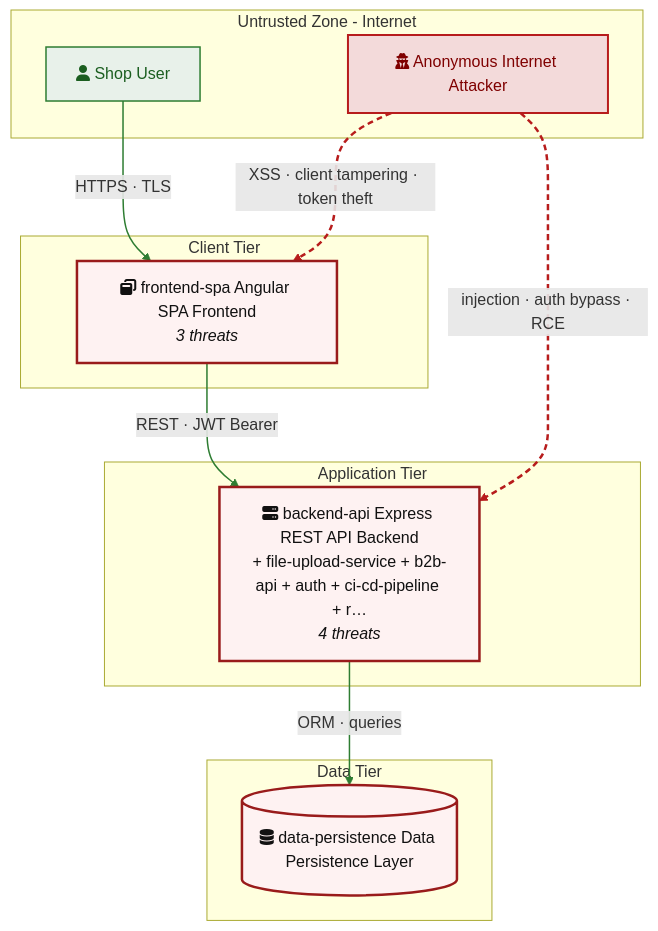
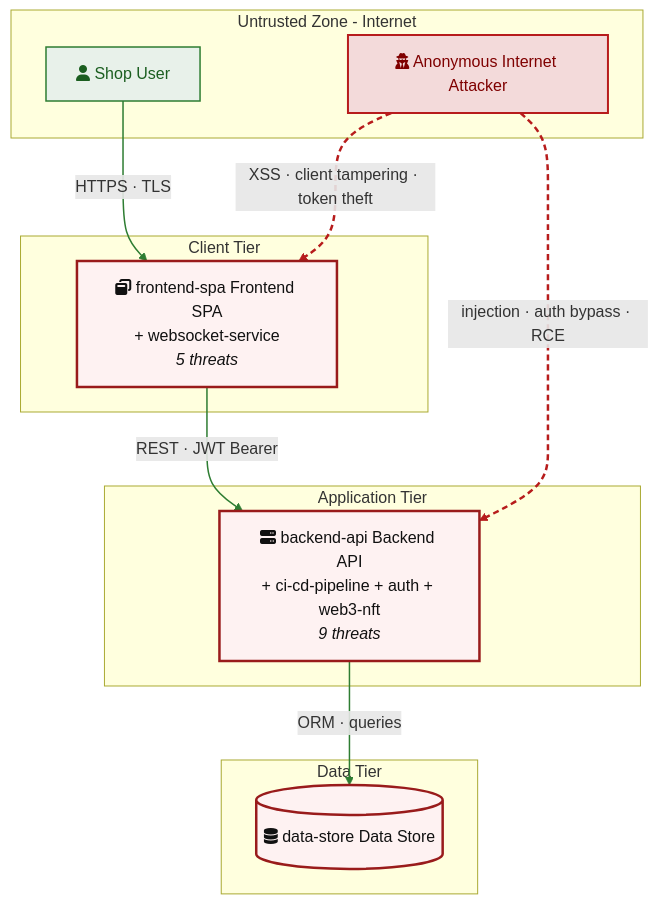
Before and after one commit to appsec-foundry/appsec-advisor: the fifth of 6 diagrams in examples/threat-modeler/threat-model-juice-shop-quick.md, drawn with Mermaid. The commit also changed other lines of this file and 7 other files, not shown here.

````diff
--- a/examples/threat-modeler/threat-model-juice-shop-quick.md
+++ b/examples/threat-modeler/threat-model-juice-shop-quick.md
@@ -365,28 +411,28 @@
 ```mermaid
 flowchart TD
     subgraph EXT["Untrusted Zone - Internet"]
         INTERNET_ANON["fa:fa-user-secret Anonymous Internet Attacker"]:::threat
         VICTIM_REQUIRED["fa:fa-user Shop User"]:::legit
     end
     subgraph CLIENT["Client Tier"]
-        frontend_spa["fa:fa-window-restore frontend-spa Angular SPA Frontend<br/><i>3 threats</i>"]:::risk
+        frontend_spa["fa:fa-window-restore frontend-spa Frontend SPA<br/>+ websocket-service<br/><i>5 threats</i>"]:::risk
     end
     subgraph APP["Application Tier"]
-        backend_api["fa:fa-server backend-api Express REST API Backend<br/>+ file-upload-service + b2b-api + auth + ci-cd-pipeline + r…<br/><i>4 threats</i>"]:::risk
+        backend_api["fa:fa-server backend-api Backend API<br/>+ ci-cd-pipeline + auth + web3-nft<br/><i>9 threats</i>"]:::risk
     end
     subgraph DATA["Data Tier"]
-        data_persistence[("fa:fa-database data-persistence Data Persistence Layer")]:::risk
+        data_store[("fa:fa-database data-store Data Store")]:::risk
     end
     VICTIM_REQUIRED -->|"HTTPS · TLS"| frontend_spa
     frontend_spa -->|"REST · JWT Bearer"| backend_api
-    backend_api -->|"ORM · queries"| data_persistence
+    backend_api -->|"ORM · queries"| data_store
     INTERNET_ANON -.->|"injection · auth bypass · RCE"| backend_api
     INTERNET_ANON -.->|"XSS · client tampering · token theft"| frontend_spa
 
     classDef legit fill:#e8f1ea,stroke:#2e7d32,color:#1b5e20,stroke-width:1.5px
     classDef threat fill:#f3dada,stroke:#b71c1c,color:#7f0000,stroke-width:2px
     classDef external fill:#f2f2f2,stroke:#424242,color:#212121,stroke-width:1.5px
     classDef risk fill:#fef2f2,stroke:#991b1b,color:#111,stroke-width:2.5px
     linkStyle 0,1,2 stroke:#2e7d32,stroke-width:1.5px
     linkStyle 3,4 stroke:#b71c1c,stroke-width:2.5px,stroke-dasharray:6 4
 ```
````
